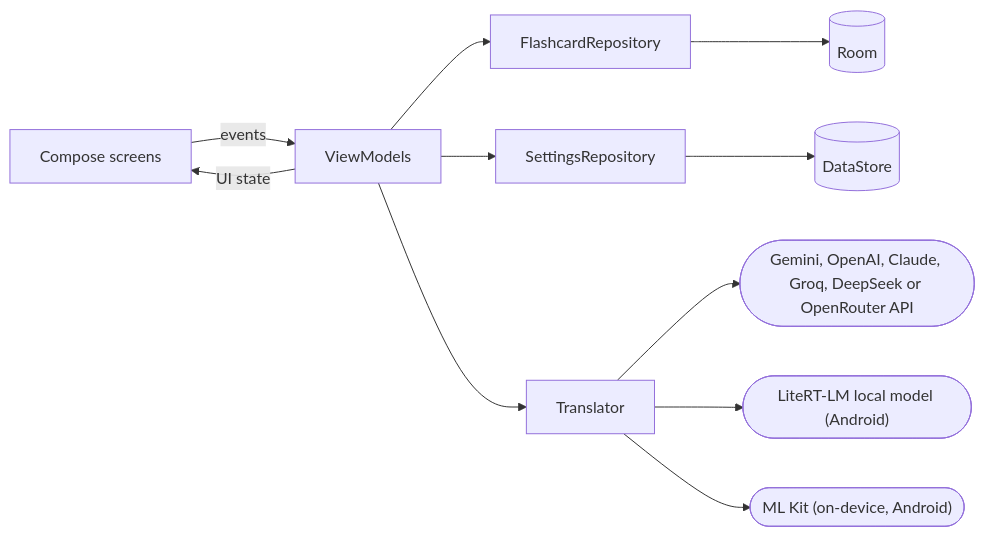
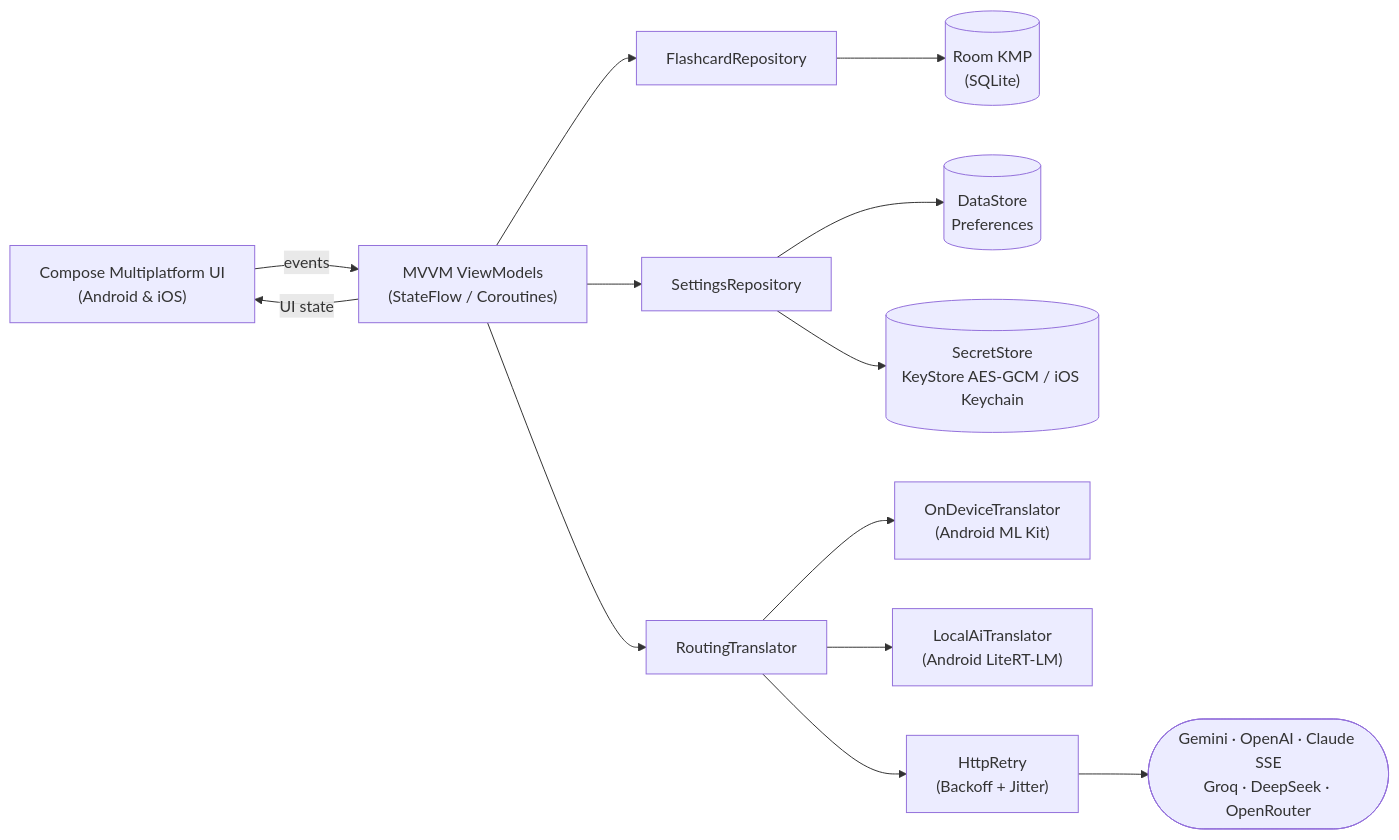
One commit to Andreas-Erick/LanguageCoast changed the diagram in README.md. Above: the diagram before and after it, drawn with Mermaid. The commit also changed other lines of this file and 75 other files, not shown here.

Commit message:
Harden secret storage, HTTP retries, parsers, concurrency, UI accessibility and tests

````diff
--- a/README.md
+++ b/README.md
@@ -152,10 +56,14 @@
 ```mermaid
 flowchart LR
-    UI["Compose screens"] -- events --> VM["ViewModels"]
+    UI["Compose Multiplatform UI<br/>(Android & iOS)"] -- events --> VM["MVVM ViewModels<br/>(StateFlow / Coroutines)"]
     VM -- UI state --> UI
-    VM --> FR["FlashcardRepository"] --> Room[("Room")]
-    VM --> SR["SettingsRepository"] --> DS[("DataStore")]
-    VM --> TR["Translator"] --> Cloud(["Gemini, OpenAI, Claude, Groq, DeepSeek or OpenRouter API"])
-    TR --> LocalAI(["LiteRT-LM local model (Android)"])
-    TR --> MLKit(["ML Kit (on-device, Android)"])
+
+    VM --> FR["FlashcardRepository"] --> Room[("Room KMP<br/>(SQLite)")]
+    VM --> SR["SettingsRepository"] --> DS[("DataStore<br/>Preferences")]
+    SR --> SS[("SecretStore<br/>KeyStore AES-GCM / iOS Keychain")]
+
+    VM --> RT["RoutingTranslator"]
+    RT --> MLKit["OnDeviceTranslator<br/>(Android ML Kit)"]
+    RT --> Local["LocalAiTranslator<br/>(Android LiteRT-LM)"]
+    RT --> Retry["HttpRetry<br/>(Backoff + Jitter)"] --> Cloud(["Gemini · OpenAI · Claude SSE<br/>Groq · DeepSeek · OpenRouter"])
 ```
````
